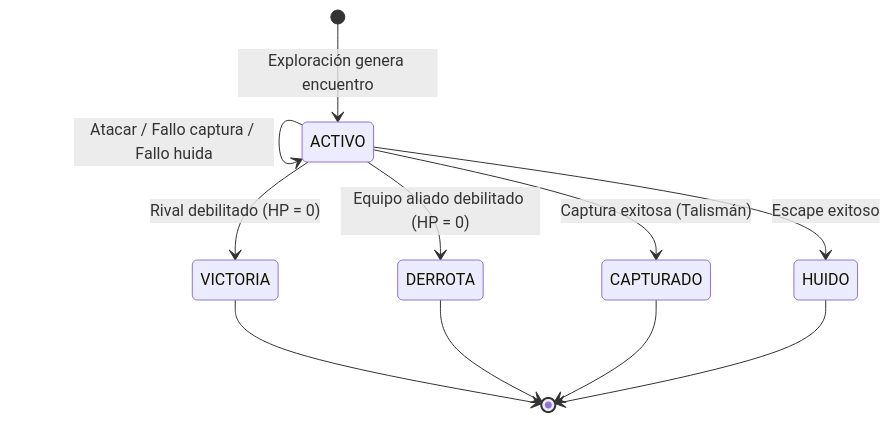
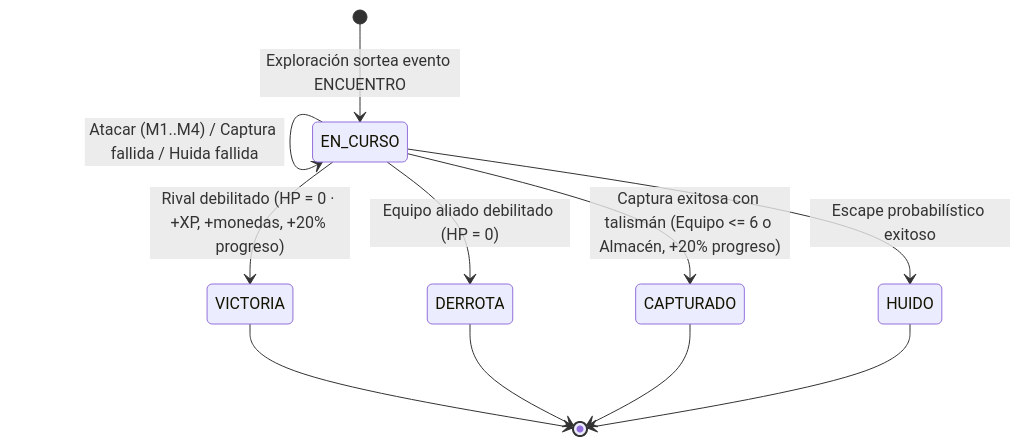
The third of 4 diagrams in docs/informe/06-reglas-de-juego.md (EduardoVal3/aethelgard), drawn with Mermaid before and after one commit. The commit also changed other lines of this file and 2 other files, not shown here.

````diff
--- a/docs/informe/06-reglas-de-juego.md
+++ b/docs/informe/06-reglas-de-juego.md
@@ -202,13 +202,13 @@
 ```mermaid
 stateDiagram-v2
-    [*] --> ACTIVO: Exploración genera encuentro
-    ACTIVO --> ACTIVO: Atacar / Fallo captura / Fallo huida
-    ACTIVO --> VICTORIA: Rival debilitado (HP = 0)
-    ACTIVO --> DERROTA: Equipo aliado debilitado (HP = 0)
-    ACTIVO --> CAPTURADO: Captura exitosa (Talismán)
-    ACTIVO --> HUIDO: Escape exitoso
+    [*] --> EN_CURSO: Exploración sortea evento ENCUENTRO
+    EN_CURSO --> EN_CURSO: Atacar (M1..M4) / Captura fallida / Huida fallida
+    EN_CURSO --> VICTORIA: Rival debilitado (HP = 0 · +XP, +monedas, +20% progreso)
+    EN_CURSO --> DERROTA: Equipo aliado debilitado (HP = 0)
+    EN_CURSO --> CAPTURADO: Captura exitosa con talismán (Equipo <= 6 o Almacén, +20% progreso)
+    EN_CURSO --> HUIDO: Escape probabilístico exitoso
     VICTORIA --> [*]
     DERROTA --> [*]
     CAPTURADO --> [*]
     HUIDO --> [*]
 ```
````
